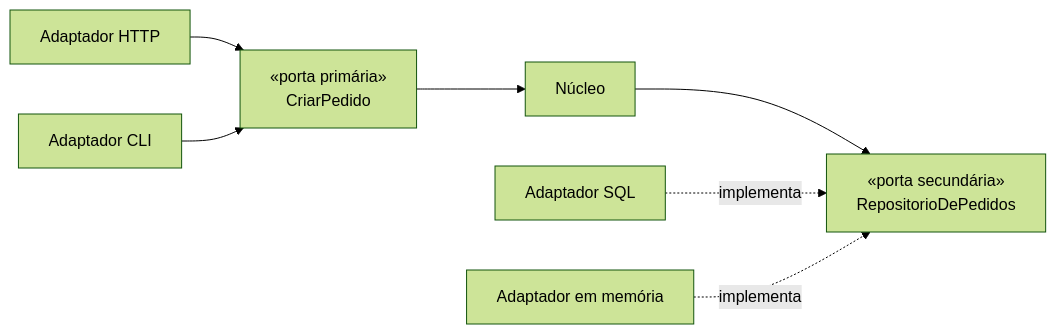
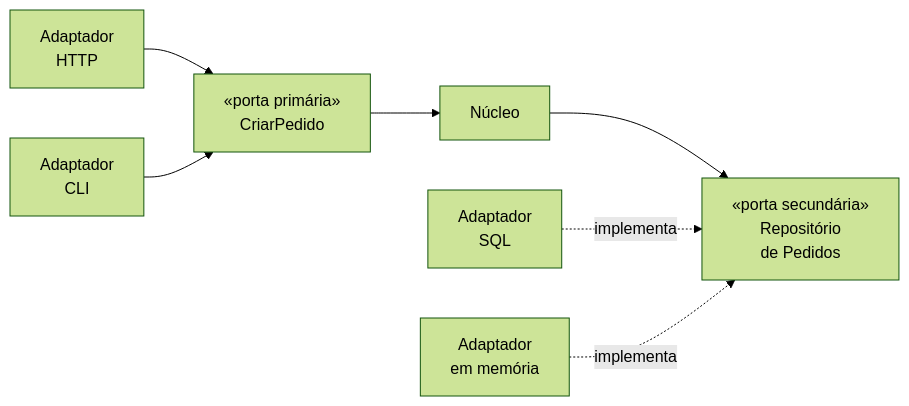
The diagram in docs/02-software-design/ports-and-adapters.md (oadcavalcante/software-architecture-mastery), drawn with Mermaid (forest theme) before and after one commit. The commit also changed 27 other files, not shown here.

First line of the commit message:
diagramas: parenteses renderizando como &(&) e largura ilegivel no telefone

````diff
--- a/docs/02-software-design/ports-and-adapters.md
+++ b/docs/02-software-design/ports-and-adapters.md
@@ -71,9 +71,9 @@
 ```mermaid
 graph LR
-  HTTP[Adaptador HTTP] --> PP["«porta primária»<br/>CriarPedido"]
-  CLI[Adaptador CLI] --> PP
+  HTTP[Adaptador<br/>HTTP] --> PP["«porta primária»<br/>CriarPedido"]
+  CLI[Adaptador<br/>CLI] --> PP
   PP --> N[Núcleo]
-  N --> PS["«porta secundária»<br/>RepositorioDePedidos"]
-  SQL[Adaptador SQL] -.implementa.-> PS
-  MEM[Adaptador em memória] -.implementa.-> PS
+  N --> PS["«porta secundária»<br/>Repositório<br/>de Pedidos"]
+  SQL[Adaptador<br/>SQL] -.implementa.-> PS
+  MEM[Adaptador<br/>em memória] -.implementa.-> PS
 ```
````
